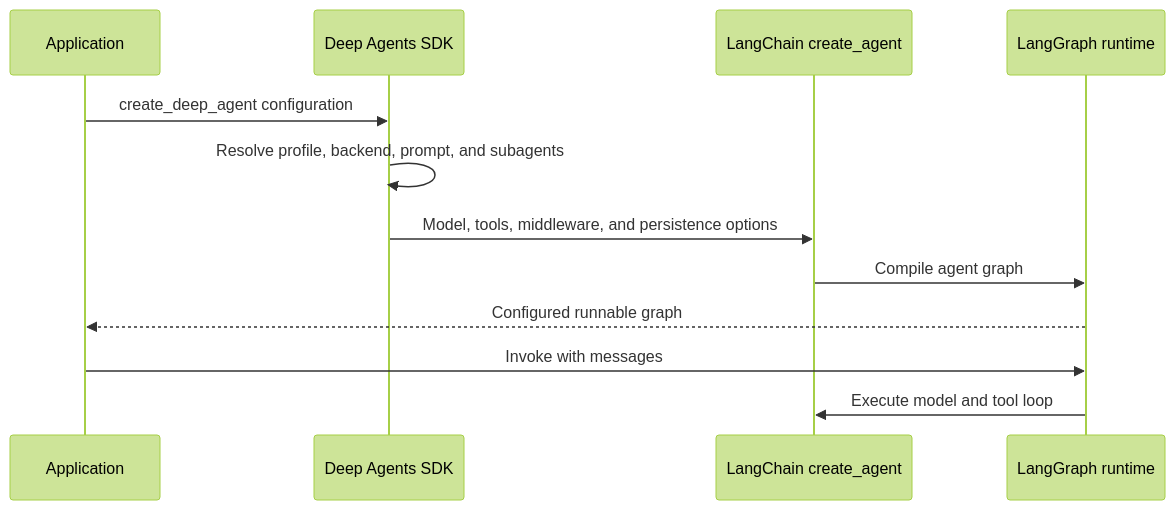
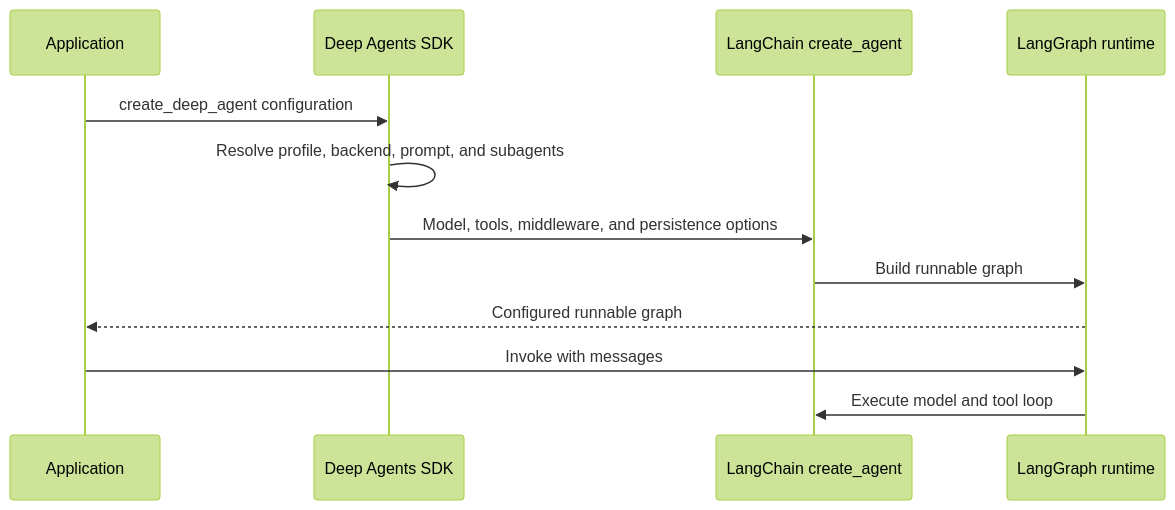
One commit to langchain-ai/deepagents changed the second of 3 diagrams in openwiki/architecture/overview.md. Above: the diagram before and after it, drawn with Mermaid (forest theme). The commit also changed other lines of this file and 63 other files, not shown here.

````diff
--- a/openwiki/architecture/overview.md
+++ b/openwiki/architecture/overview.md
@@ -86,14 +57,14 @@
 ```mermaid
 sequenceDiagram
   participant App as Application
   participant SDK as Deep Agents SDK
   participant LC as LangChain create_agent
   participant LG as LangGraph runtime
   App->>SDK: create_deep_agent configuration
   SDK->>SDK: Resolve profile, backend, prompt, and subagents
   SDK->>LC: Model, tools, middleware, and persistence options
-  LC->>LG: Compile agent graph
+  LC->>LG: Build runnable graph
   LG-->>App: Configured runnable graph
   App->>LG: Invoke with messages
   LG->>LC: Execute model and tool loop
 ```
````
